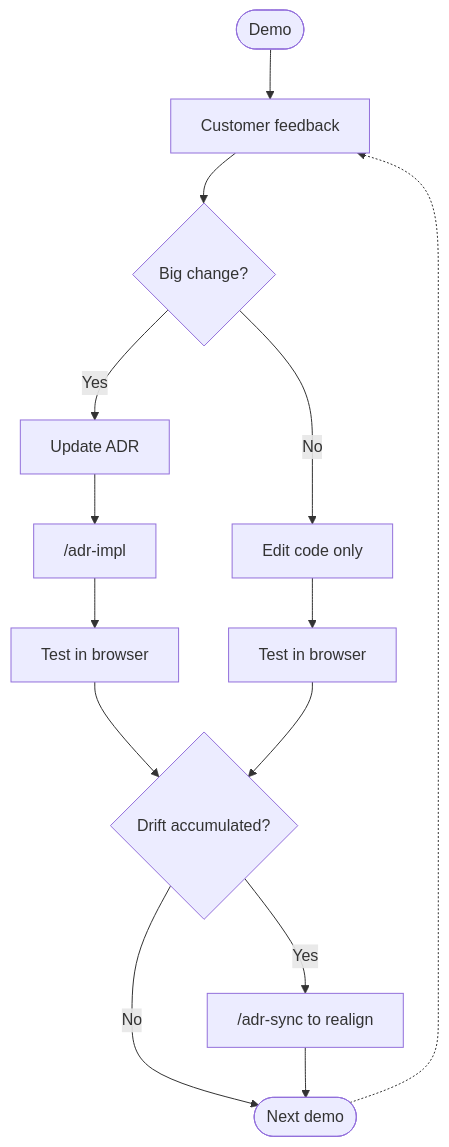
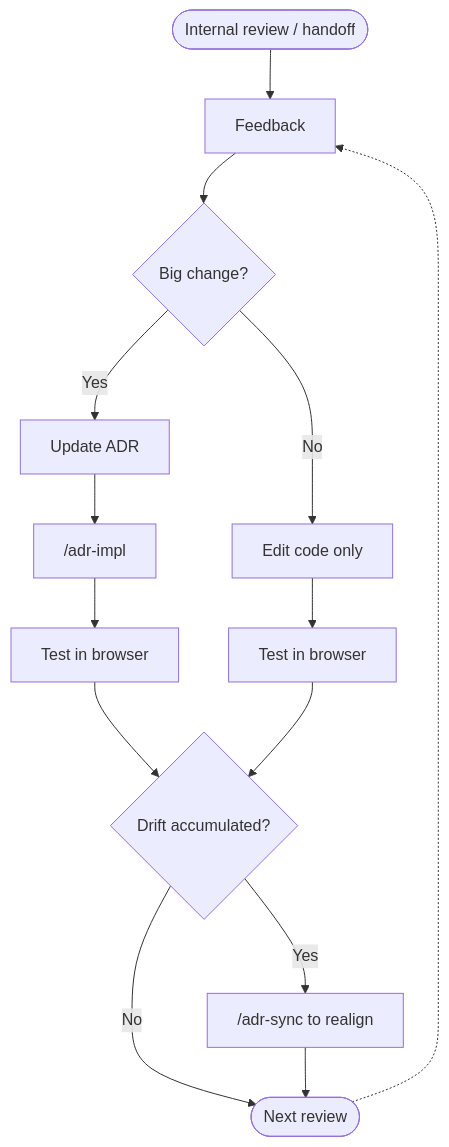
One commit to haandol/ui-poc-workspace changed the diagram in packages/workshop/content/lab-3-development/evolve-poc.en.md. Above: the diagram before and after it, drawn with Mermaid. The commit also changed other lines of this file and 5 other files, not shown here.

````diff
--- a/packages/workshop/content/lab-3-development/evolve-poc.en.md
+++ b/packages/workshop/content/lab-3-development/evolve-poc.en.md
@@ -57,16 +57,16 @@
 ```mermaid
 flowchart TD
-    Demo([Demo]) --> FB[Customer feedback]
+    Review([Internal review / handoff]) --> FB[Feedback]
     FB --> Big{Big change?}
     Big -- Yes --> A1[Update ADR]
     A1 --> Impl["/adr-impl"]
     Impl --> Test1[Test in browser]
     Big -- No --> Code[Edit code only]
     Code --> Test2[Test in browser]
     Test1 --> Drift{Drift accumulated?}
     Test2 --> Drift
     Drift -- Yes --> Sync["/adr-sync to realign"]
-    Drift -- No --> NextDemo([Next demo])
-    Sync --> NextDemo
-    NextDemo -.-> FB
+    Drift -- No --> Next([Next review])
+    Sync --> Next
+    Next -.-> FB
 ```
````
